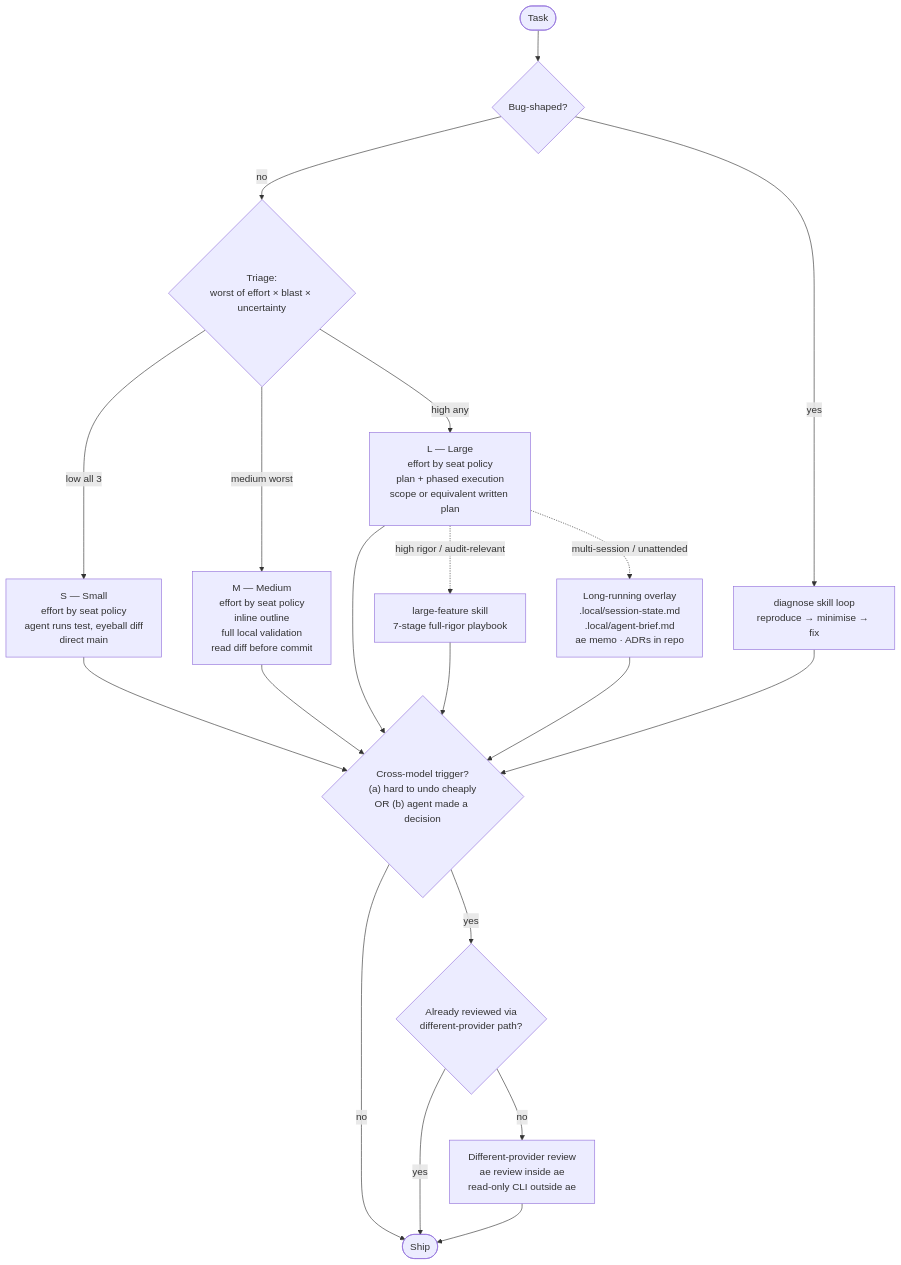
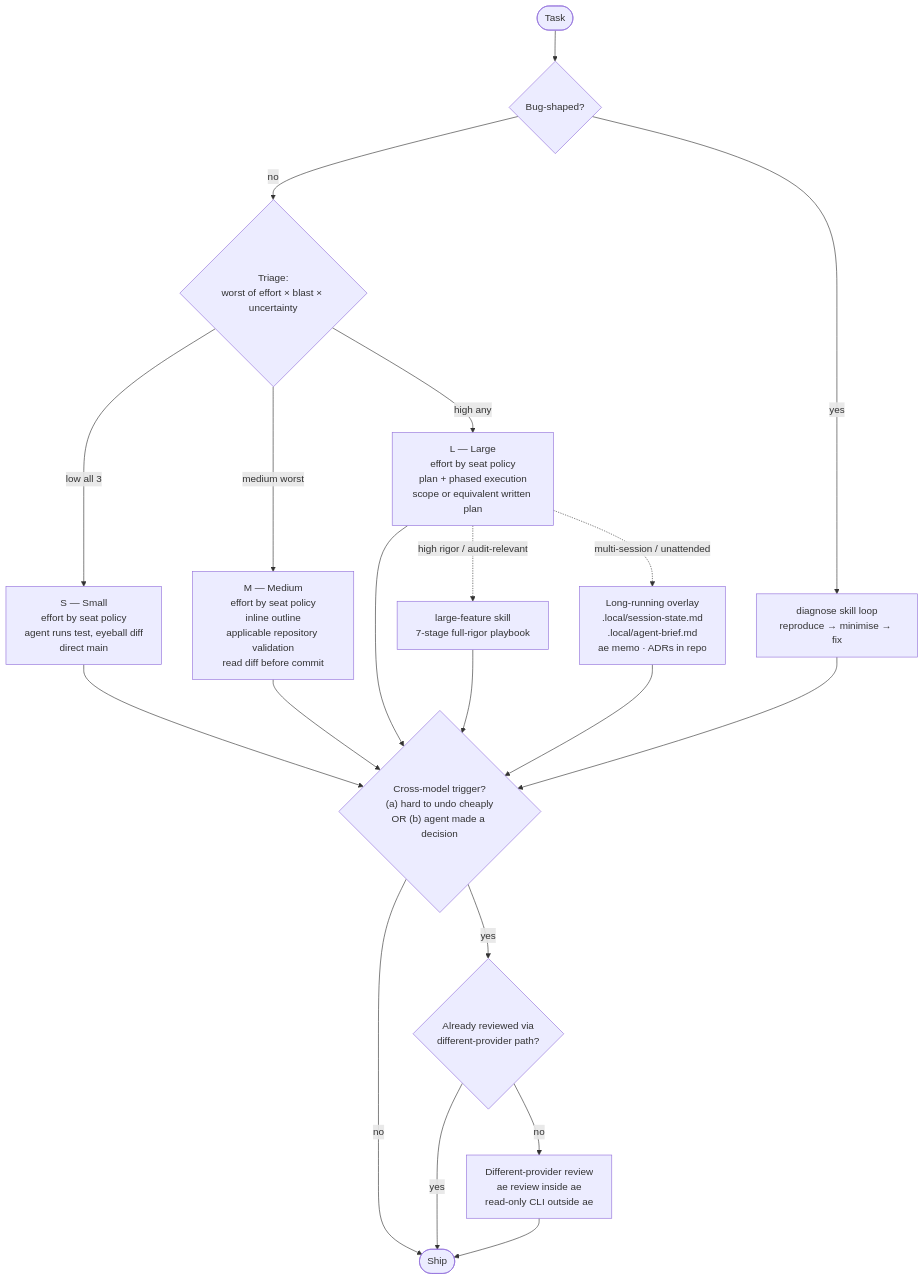
One commit to clemens33/dotfiles changed the diagram in WORKFLOW.md. Above: the diagram before and after it, drawn with Mermaid. The commit also changed other lines of this file, not shown here.

Commit message:
Clarify validation duties for medium tasks

````diff
--- a/WORKFLOW.md
+++ b/WORKFLOW.md
@@ -21,27 +21,27 @@
 ```mermaid
 flowchart TD
     Task([Task]) --> BugCheck{Bug-shaped?}
     BugCheck -- yes --> Diag[diagnose skill loop<br/>reproduce → minimise → fix]
     BugCheck -- no --> Triage{"Triage:<br/>worst of effort × blast × uncertainty"}
 
     Triage -- low all 3 --> S["S — Small<br/>effort by seat policy<br/>agent runs test, eyeball diff<br/>direct main"]
-    Triage -- medium worst --> M["M — Medium<br/>effort by seat policy<br/>inline outline<br/>full local validation<br/>read diff before commit"]
+    Triage -- medium worst --> M["M — Medium<br/>effort by seat policy<br/>inline outline<br/>applicable repository validation<br/>read diff before commit"]
     Triage -- high any --> L["L — Large<br/>effort by seat policy<br/>plan + phased execution<br/>scope or equivalent written plan"]
 
     L -. high rigor / audit-relevant .-> Playbook["large-feature skill<br/>7-stage full-rigor playbook"]
     L -. multi-session / unattended .-> LR["Long-running overlay<br/>.local/session-state.md<br/>.local/agent-brief.md<br/>ae memo · ADRs in repo"]
 
     S --> Gate
     M --> Gate
     L --> Gate
     Playbook --> Gate
     LR --> Gate
     Diag --> Gate
 
     Gate{"Cross-model trigger?<br/>(a) hard to undo cheaply<br/>OR (b) agent made a decision"}
     Gate -- no --> Ship([Ship])
     Gate -- yes --> CMR{Already reviewed via<br/>different-provider path?}
     CMR -- yes --> Ship
     CMR -- no --> Review[Different-provider review<br/>ae review inside ae<br/>read-only CLI outside ae]
     Review --> Ship
 ```
````
